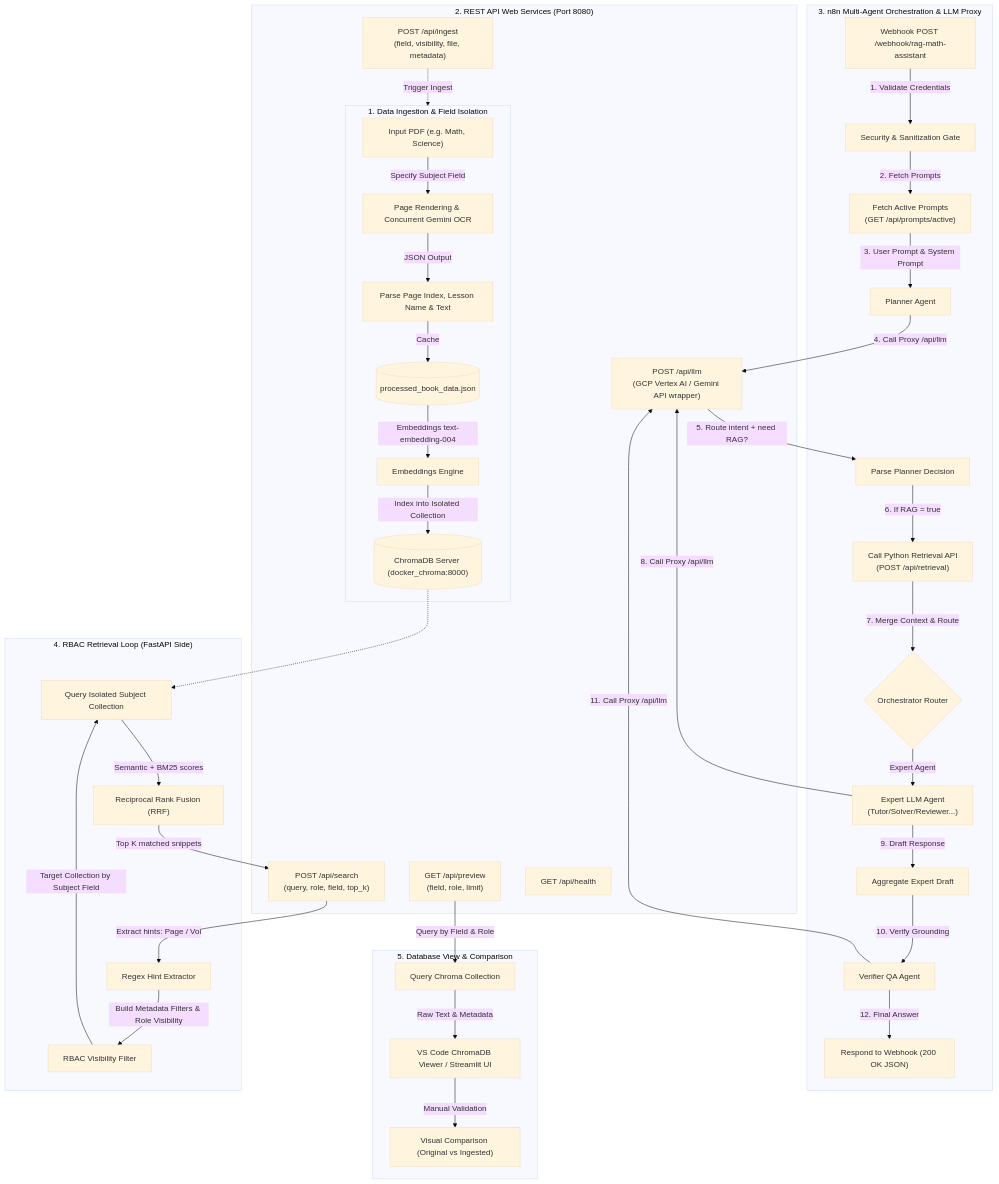
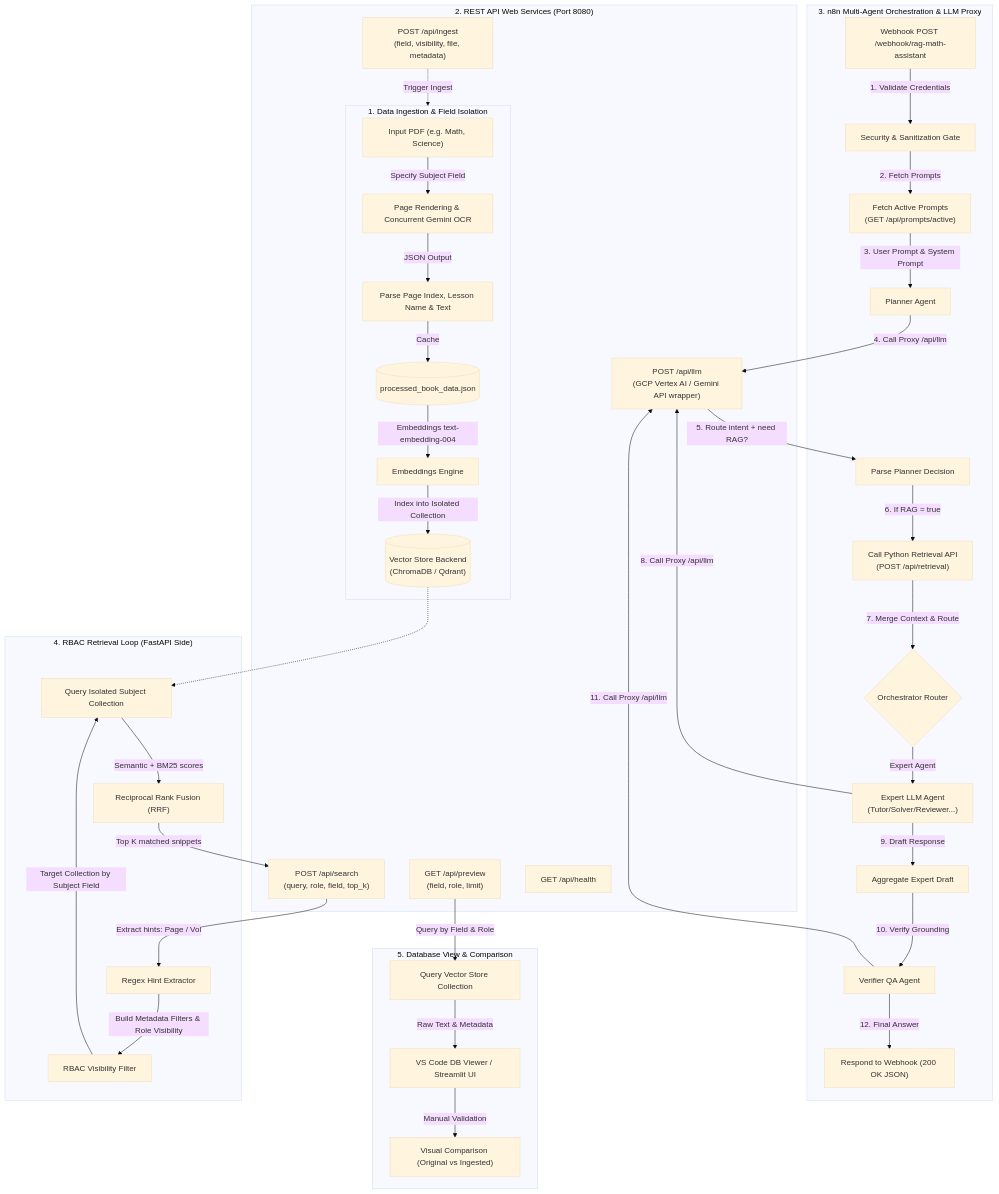
One commit to o1676733391/edu-retrieval changed the diagram in ai_core_architecture.md. Above: the diagram before and after it, drawn with Mermaid (base theme). The commit also changed other lines of this file and 6 other files, not shown here.

````diff
--- a/ai_core_architecture.md
+++ b/ai_core_architecture.md
@@ -11,55 +11,55 @@
 ```mermaid
 graph TD
     %% Styling
     classDef process fill:#f9f,stroke:#333,stroke-width:2px;
     classDef storage fill:#bbf,stroke:#333,stroke-width:2px;
     classDef api fill:#bfb,stroke:#333,stroke-width:2px;
 
     %% Pipelines
     subgraph Ingestion_Pipeline ["1. Data Ingestion & Field Isolation"]
         PDF["Input PDF (e.g. Math, Science)"] -->|Specify Subject Field| OCR["Page Rendering & Concurrent Gemini OCR"]
         OCR -->|JSON Output| Validate["Parse Page Index, Lesson Name & Text"]
         Validate -->|Cache| JSON_Cache[("processed_book_data.json")]
         JSON_Cache -->|Embeddings text-embedding-004| Embed["Embeddings Engine"]
-        Embed -->|Index into Isolated Collection| DB[("ChromaDB Server (docker_chroma:8000)")]
+        Embed -->|Index into Isolated Collection| DB[("Vector Store Backend<br>(ChromaDB / Qdrant)")]
     end
 
     subgraph API_Endpoints ["2. REST API Web Services (Port 8080)"]
         Ingest_API["POST /api/ingest<br>(field, visibility, file, metadata)"] -.->|Trigger Ingest| Ingestion_Pipeline
         Search_API["POST /api/search<br>(query, role, field, top_k)"]
         Preview_API["GET /api/preview<br>(field, role, limit)"]
         Health_API["GET /api/health"]
         LLM_Proxy["POST /api/llm<br>(GCP Vertex AI / Gemini API wrapper)"]
     end
 
     subgraph n8n_Orchestration ["3. n8n Multi-Agent Orchestration & LLM Proxy"]
         Webhook_In["Webhook POST /webhook/rag-math-assistant"] -->|1. Validate Credentials| Security_Gate["Security & Sanitization Gate"]
         Security_Gate -->|2. Fetch Prompts| Fetch_Prompts["Fetch Active Prompts<br>(GET /api/prompts/active)"]
         Fetch_Prompts -->|3. User Prompt & System Prompt| Planner_Agent["Planner Agent"]
         Planner_Agent -->|4. Call Proxy /api/llm| LLM_Proxy
         LLM_Proxy -->|5. Route intent + need RAG?| Parse_Planner["Parse Planner Decision"]
         Parse_Planner -->|6. If RAG = true| Call_Retriever["Call Python Retrieval API<br>(POST /api/retrieval)"]
         Call_Retriever -->|7. Merge Context & Route| Router{"Orchestrator Router"}
         Router -->|Expert Agent| Expert_Agent["Expert LLM Agent<br>(Tutor/Solver/Reviewer...)"]
         Expert_Agent -->|8. Call Proxy /api/llm| LLM_Proxy
         Expert_Agent -->|9. Draft Response| Aggregate["Aggregate Expert Draft"]
         Aggregate -->|10. Verify Grounding| Verifier["Verifier QA Agent"]
         Verifier -->|11. Call Proxy /api/llm| LLM_Proxy
         Verifier -->|12. Final Answer| Respond_Webhook["Respond to Webhook (200 OK JSON)"]
     end
 
     subgraph Retrieval_Loop ["4. RBAC Retrieval Loop (FastAPI Side)"]
         Search_API -->|Extract hints: Page / Vol| HintExtract["Regex Hint Extractor"]
         HintExtract -->|Build Metadata Filters & Role Visibility| RBAC_Filter["RBAC Visibility Filter"]
         RBAC_Filter -->|Target Collection by Subject Field| DB_Query["Query Isolated Subject Collection"]
         DB -.-> DB_Query
         DB_Query -->|Semantic + BM25 scores| RRF["Reciprocal Rank Fusion (RRF)"]
         RRF -->|Top K matched snippets| Search_API
     end
 
     subgraph Visualization_UI ["5. Database View & Comparison"]
-        Preview_API -->|Query by Field & Role| DB_View["Query Chroma Collection"]
-        DB_View -->|Raw Text & Metadata| UI_Compare["VS Code ChromaDB Viewer / Streamlit UI"]
+        Preview_API -->|Query by Field & Role| DB_View["Query Vector Store Collection"]
+        DB_View -->|Raw Text & Metadata| UI_Compare["VS Code DB Viewer / Streamlit UI"]
         UI_Compare -->|Manual Validation| Compare["Visual Comparison (Original vs Ingested)"]
     end
 ```
````
